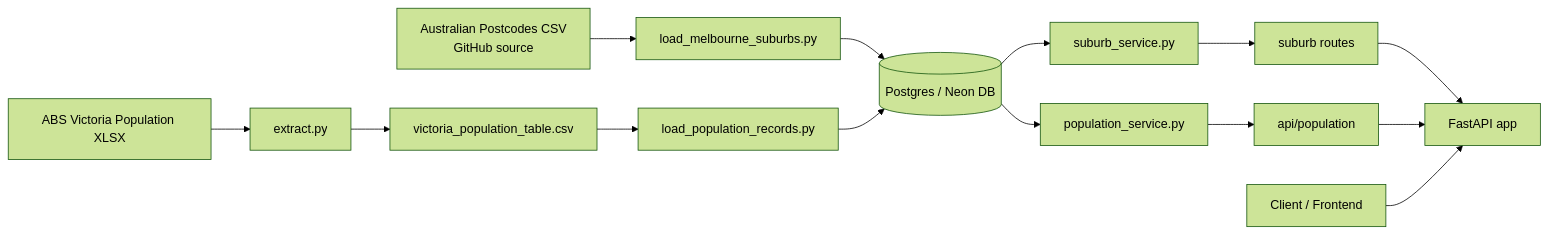
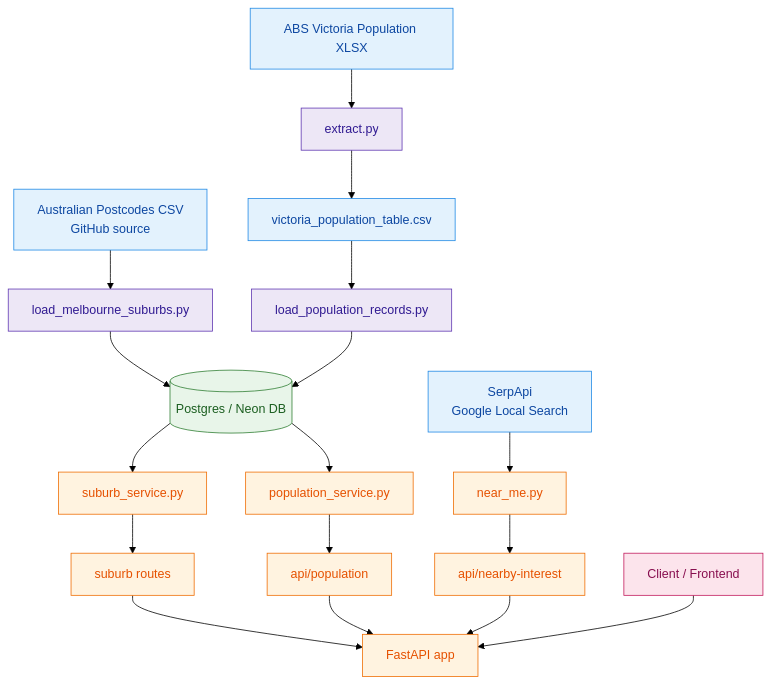
The diagram in README.md (nauqh/minuri-server), drawn with Mermaid (forest theme) before and after one commit. The commit also changed other lines of this file, not shown here.

Commit message:
update(README): add data flow section

````diff
--- a/README.md
+++ b/README.md
@@ -68,20 +121,35 @@
 ```mermaid
-flowchart LR
+flowchart TD
     A1[Australian Postcodes CSV<br/>GitHub source] --> B1[load_melbourne_suburbs.py]
     A2[ABS Victoria Population XLSX] --> B2[extract.py]
     B2 --> A3[victoria_population_table.csv]
     A3 --> B3[load_population_records.py]
 
     B1 --> DB[(Postgres / Neon DB)]
     B3 --> DB
 
     DB --> S1[suburb_service.py]
     DB --> S2[population_service.py]
+    A4[SerpApi<br/>Google Local Search] --> S3[near_me.py]
 
     S1 --> R1[suburb routes]
     S2 --> R2[api/population]
+    S3 --> R3[api/nearby-interest]
     R1 --> API[FastAPI app]
     R2 --> API
+    R3 --> API
 
     U[Client / Frontend] --> API
+
+    classDef source fill:#e3f2fd,stroke:#1e88e5,color:#0d47a1;
+    classDef etl fill:#ede7f6,stroke:#5e35b1,color:#311b92;
+    classDef db fill:#e8f5e9,stroke:#2e7d32,color:#1b5e20;
+    classDef serve fill:#fff3e0,stroke:#ef6c00,color:#e65100;
+    classDef client fill:#fce4ec,stroke:#c2185b,color:#880e4f;
+
+    class A1,A2,A3,A4 source;
+    class B1,B2,B3 etl;
+    class DB db;
+    class S1,S2,S3,R1,R2,R3,API serve;
+    class U client;
 ```
````
